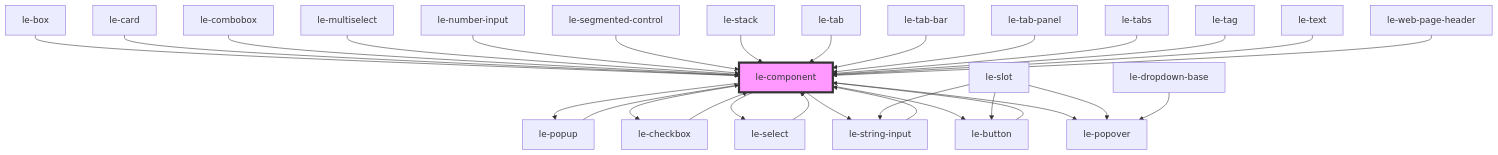
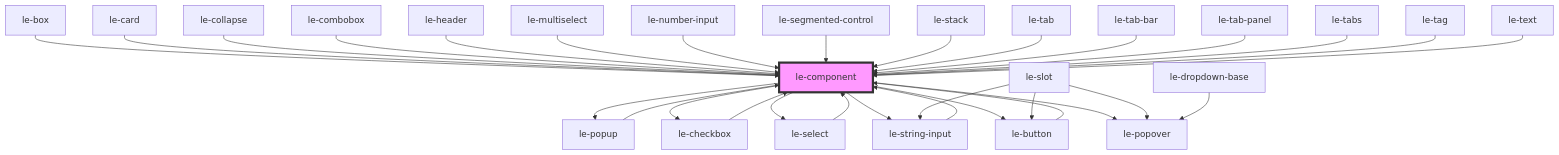
One commit to leechy/le-kit changed the diagram in src/components/le-component/readme.md. Above: the diagram before and after it, drawn with Mermaid. The commit also changed other lines of this file and 10 other files, not shown here.

Commit message:
Rename <le-web-page-header> to <le-header>

````diff
--- a/src/components/le-component/readme.md
+++ b/src/components/le-component/readme.md
@@ -83,33 +84,34 @@
 ```mermaid
 graph TD;
   le-component --> le-button
   le-component --> le-select
   le-component --> le-checkbox
   le-component --> le-string-input
   le-component --> le-popover
   le-component --> le-popup
   le-button --> le-component
   le-slot --> le-popover
   le-slot --> le-button
   le-slot --> le-string-input
   le-string-input --> le-component
   le-select --> le-component
   le-dropdown-base --> le-popover
   le-checkbox --> le-component
   le-popup --> le-component
   le-box --> le-component
   le-card --> le-component
+  le-collapse --> le-component
   le-combobox --> le-component
+  le-header --> le-component
   le-multiselect --> le-component
   le-number-input --> le-component
   le-segmented-control --> le-component
   le-stack --> le-component
   le-tab --> le-component
   le-tab-bar --> le-component
   le-tab-panel --> le-component
   le-tabs --> le-component
   le-tag --> le-component
   le-text --> le-component
-  le-web-page-header --> le-component
   style le-component fill:#f9f,stroke:#333,stroke-width:4px
 ```
````
